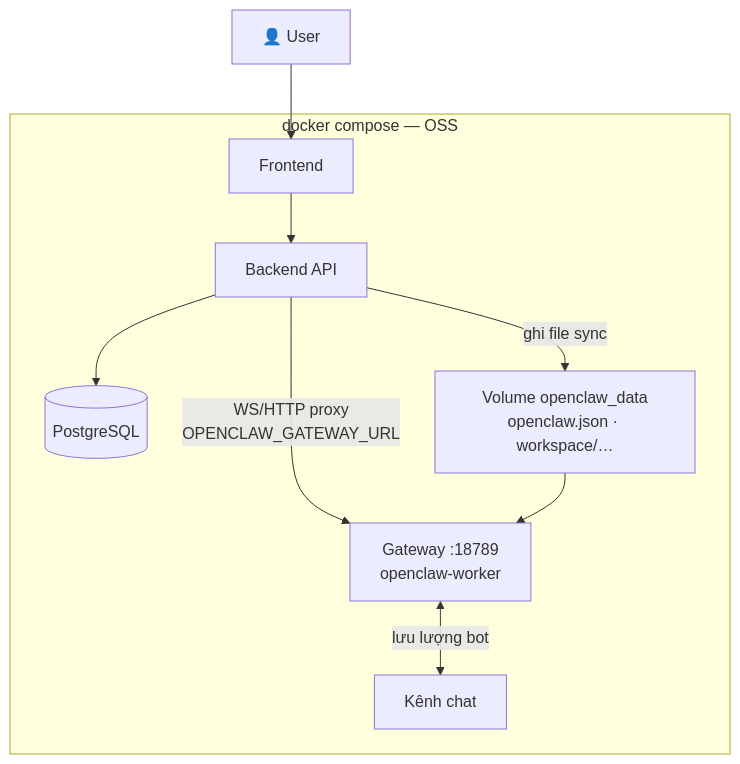
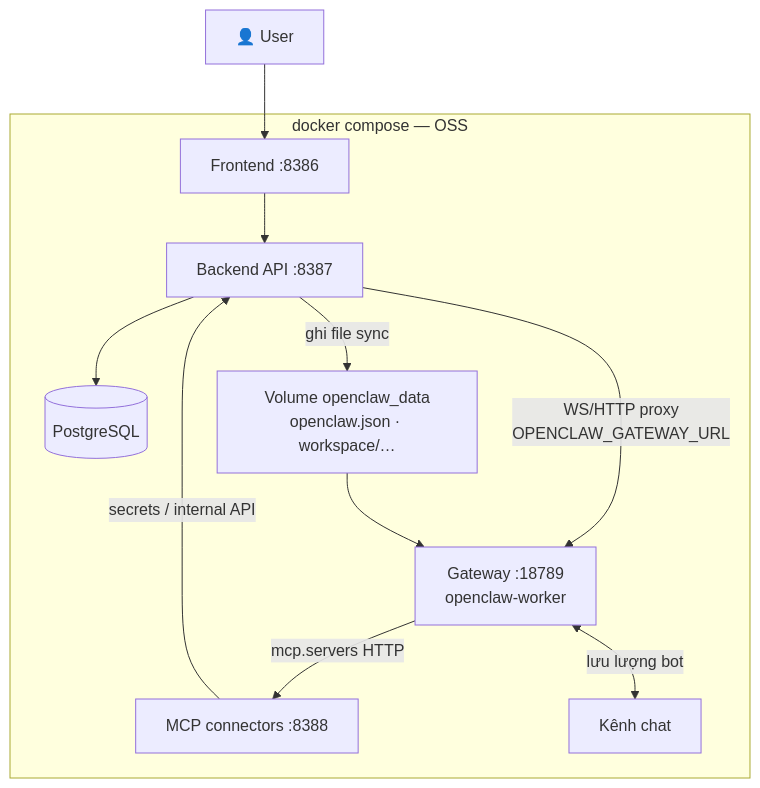
The second of 17 diagrams in workflow.md (mankhb2k/claw-dashboard), drawn with Mermaid before and after one commit. The commit also changed other lines of this file and 418 other files, not shown here.

````diff
--- a/workflow.md
+++ b/workflow.md
@@ -109,19 +128,22 @@
 ```mermaid
 flowchart TB
     U["👤 User"]
 
     subgraph COMPOSE["docker compose — OSS"]
-        FE["Frontend"]
-        API["Backend API"]
+        FE["Frontend :8386"]
+        API["Backend API :8387"]
         DB[("PostgreSQL")]
+        MCP["MCP connectors :8388"]
         GW["Gateway :18789\nopenclaw-worker"]
         VOL["Volume openclaw_data\nopenclaw.json · workspace/…"]
         FE --> API --> DB
         API -->|"ghi file sync"| VOL
         API -->|"WS/HTTP proxy\nOPENCLAW_GATEWAY_URL"| GW
         VOL --> GW
+        GW -->|"mcp.servers HTTP"| MCP
+        MCP -->|"secrets / internal API"| API
         GW <-->|"lưu lượng bot"| CH["Kênh chat"]
     end
 
     U --> FE
 ```
````
